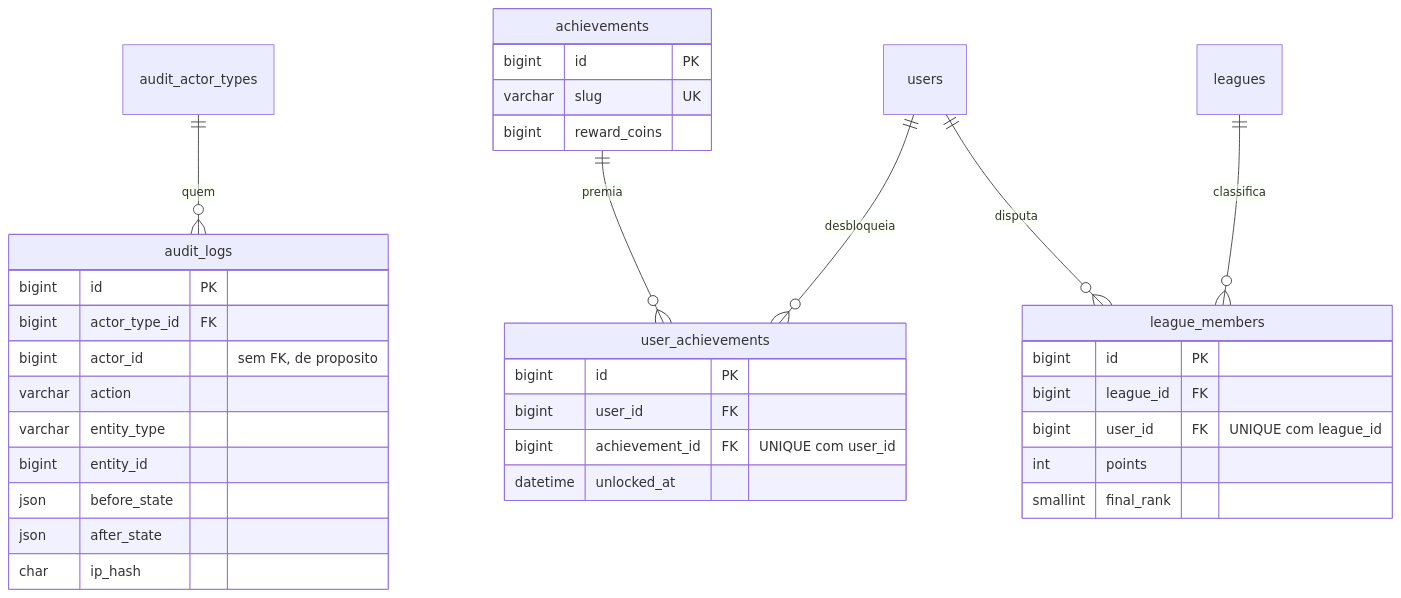
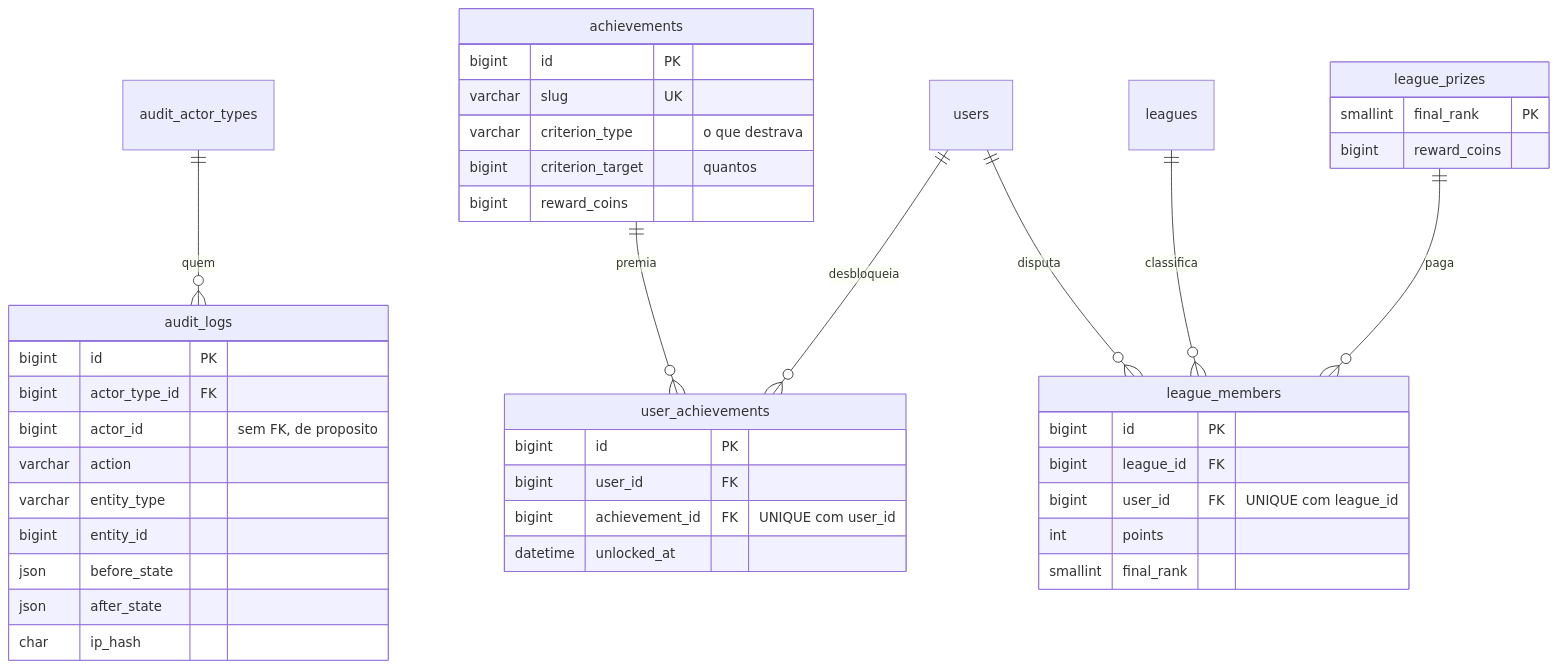
One commit to Razawaky/Beever changed the sixth of 6 diagrams in docs/MODELO-DE-DADOS.md. Above: the diagram before and after it, drawn with Mermaid. The commit also changed other lines of this file and 11 other files, not shown here.

````diff
--- a/docs/MODELO-DE-DADOS.md
+++ b/docs/MODELO-DE-DADOS.md
@@ -452,38 +452,45 @@
 ```mermaid
 erDiagram
     audit_actor_types ||--o{ audit_logs : quem
     users ||--o{ user_achievements : desbloqueia
     achievements ||--o{ user_achievements : premia
     leagues ||--o{ league_members : classifica
     users ||--o{ league_members : disputa
+    league_prizes ||--o{ league_members : paga
 
     audit_logs {
         bigint id PK
         bigint actor_type_id FK
         bigint actor_id "sem FK, de proposito"
         varchar action
         varchar entity_type
         bigint entity_id
         json before_state
         json after_state
         char ip_hash
     }
     achievements {
         bigint id PK
         varchar slug UK
+        varchar criterion_type "o que destrava"
+        bigint criterion_target "quantos"
         bigint reward_coins
     }
     user_achievements {
         bigint id PK
         bigint user_id FK
         bigint achievement_id FK "UNIQUE com user_id"
         datetime unlocked_at
     }
     league_members {
         bigint id PK
         bigint league_id FK
         bigint user_id FK "UNIQUE com league_id"
         int points
         smallint final_rank
     }
+    league_prizes {
+        smallint final_rank PK
+        bigint reward_coins
+    }
 ```
````
